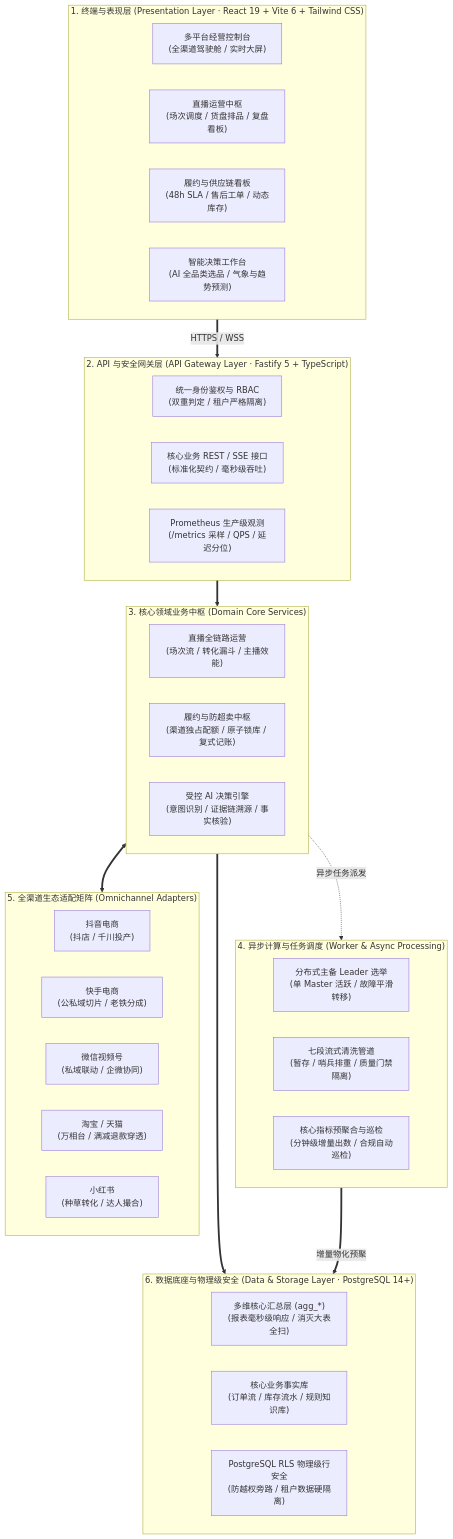
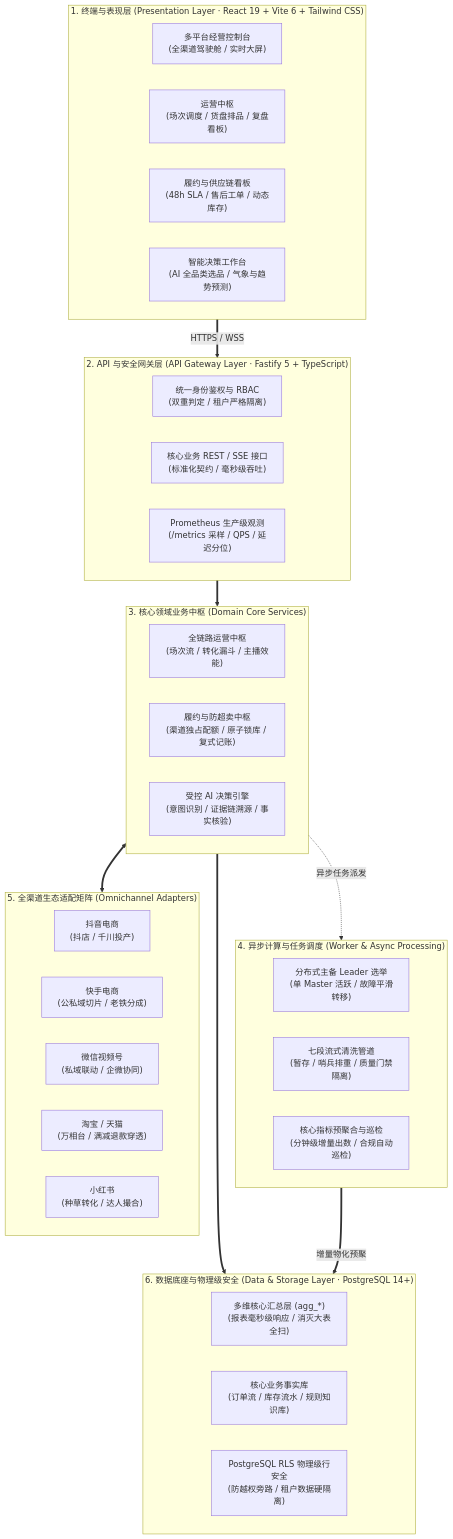
One commit to BlazarLIU/leyova changed the second of 2 diagrams in README.md. Above: the diagram before and after it, drawn with Mermaid. The commit also changed other lines of this file and 5 other files, not shown here.

````diff
--- a/README.md
+++ b/README.md
@@ -124,54 +124,54 @@
 ```mermaid
 flowchart TD
   subgraph Layer1["1. 终端与表现层 (Presentation Layer · React 19 + Vite 6 + Tailwind CSS)"]
     direction LR
     UI_Console["多平台经营控制台\n(全渠道驾驶舱 / 实时大屏)"]
-    UI_Live["直播运营中枢\n(场次调度 / 货盘排品 / 复盘看板)"]
+    UI_Live["运营中枢\n(场次调度 / 货盘排品 / 复盘看板)"]
     UI_Ops["履约与供应链看板\n(48h SLA / 售后工单 / 动态库存)"]
     UI_AI["智能决策工作台\n(AI 全品类选品 / 气象与趋势预测)"]
   end
 
   subgraph Layer2["2. API 与安全网关层 (API Gateway Layer · Fastify 5 + TypeScript)"]
     direction LR
     GW_Auth["统一身份鉴权与 RBAC\n(双重判定 / 租户严格隔离)"]
     GW_REST["核心业务 REST / SSE 接口\n(标准化契约 / 毫秒级吞吐)"]
     GW_Obs["Prometheus 生产级观测\n(/metrics 采样 / QPS / 延迟分位)"]
   end
 
   subgraph Layer3["3. 核心领域业务中枢 (Domain Core Services)"]
     direction LR
-    Biz_Live["直播全链路运营\n(场次流 / 转化漏斗 / 主播效能)"]
+    Biz_Live["全链路运营中枢\n(场次流 / 转化漏斗 / 主播效能)"]
     Biz_Supply["履约与防超卖中枢\n(渠道独占配额 / 原子锁库 / 复式记账)"]
     Biz_AI["受控 AI 决策引擎\n(意图识别 / 证据链溯源 / 事实核验)"]
   end
 
   subgraph Layer4["4. 异步计算与任务调度 (Worker & Async Processing)"]
     direction LR
     W_Master["分布式主备 Leader 选举\n(单 Master 活跃 / 故障平滑转移)"]
     W_Pipe["七段流式清洗管道\n(暂存 / 哨兵排重 / 质量门禁隔离)"]
     W_Cron["核心指标预聚合与巡检\n(分钟级增量出数 / 合规自动巡检)"]
   end
 
   subgraph Layer5["5. 全渠道生态适配矩阵 (Omnichannel Adapters)"]
     direction LR
     PF_Douyin["抖音电商\n(抖店 / 千川投产)"]
     PF_Kuaishou["快手电商\n(公私域切片 / 老铁分成)"]
     PF_Wechat["微信视频号\n(私域联动 / 企微协同)"]
     PF_Taobao["淘宝 / 天猫\n(万相台 / 满减退款穿透)"]
     PF_Xhs["小红书\n(种草转化 / 达人撮合)"]
   end
 
   subgraph Layer6["6. 数据底座与物理级安全 (Data & Storage Layer · PostgreSQL 14+)"]
     direction LR
     DB_Agg["多维核心汇总层 (agg_*)\n(报表毫秒级响应 / 消灭大表全扫)"]
     DB_Facts["核心业务事实库\n(订单流 / 库存流水 / 规则知识库)"]
     DB_RLS["PostgreSQL RLS 物理级行安全\n(防越权旁路 / 租户数据硬隔离)"]
   end
 
   Layer1 ==>|HTTPS / WSS| Layer2
   Layer2 ==> Layer3
   Layer3 ==> Layer6
   Layer3 -.->|异步任务派发| Layer4
   Layer4 ==>|增量物化预聚| Layer6
   Layer3 <==> Layer5
 ```
````
